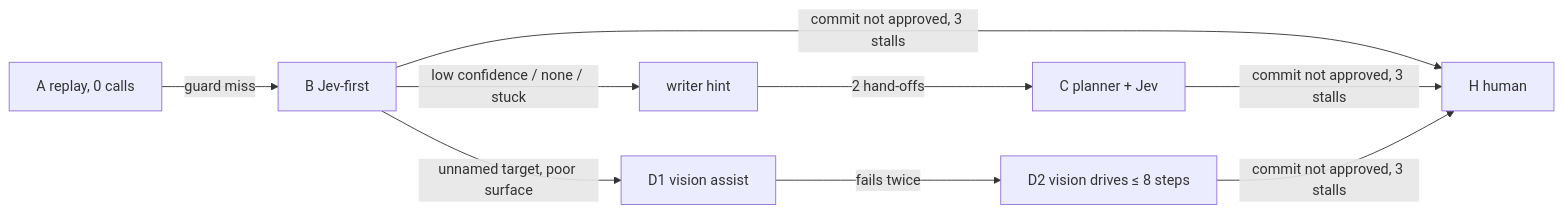
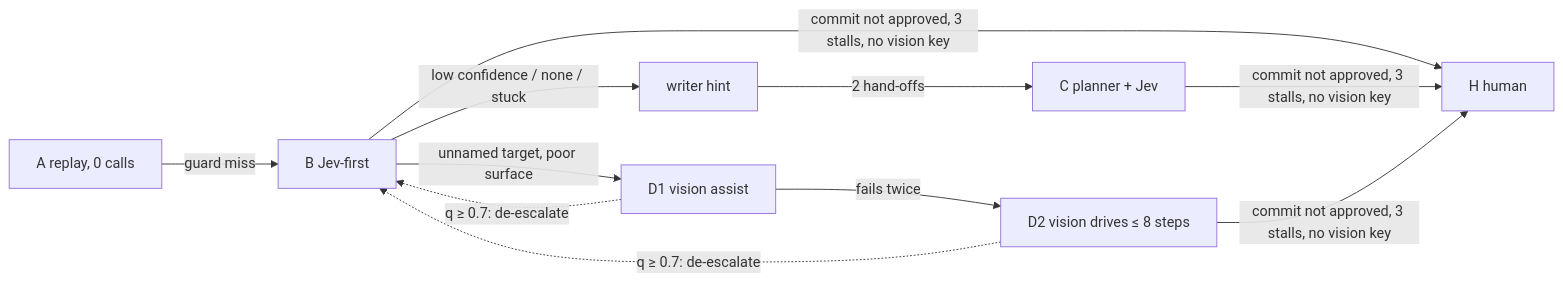
One commit to ramifara/ghosthand changed the third of 6 diagrams in docs/architecture.md. Above: the diagram before and after it, drawn with Mermaid. The commit also changed other lines of this file and 3 other files, not shown here.

````diff
--- a/docs/architecture.md
+++ b/docs/architecture.md
@@ -81,9 +89,10 @@
 ```mermaid
 flowchart LR
   A[A replay, 0 calls] -->|guard miss| B[B Jev-first]
   B -->|low confidence / none / stuck| W[writer hint]
   W -->|2 hand-offs| C[C planner + Jev]
   B -->|unnamed target, poor surface| D1[D1 vision assist]
   D1 -->|fails twice| D2[D2 vision drives ≤ 8 steps]
-  B & C & D2 -->|commit not approved, 3 stalls| H[H human]
+  D1 & D2 -.->|q ≥ 0.7: de-escalate| B
+  B & C & D2 -->|commit not approved, 3 stalls, no vision key| H[H human]
 ```
````
